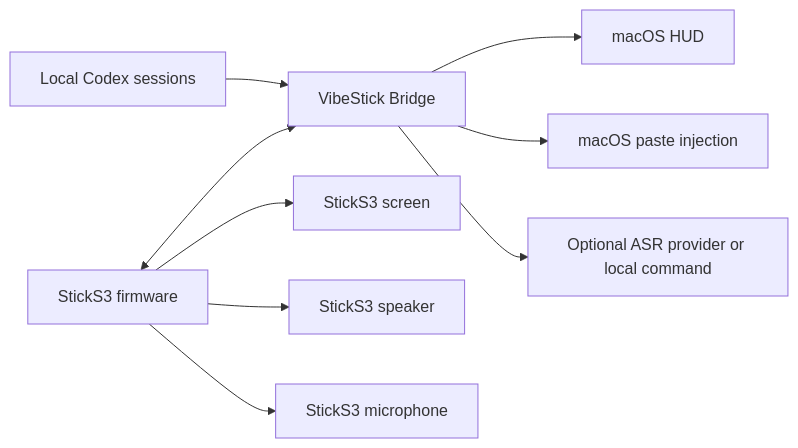
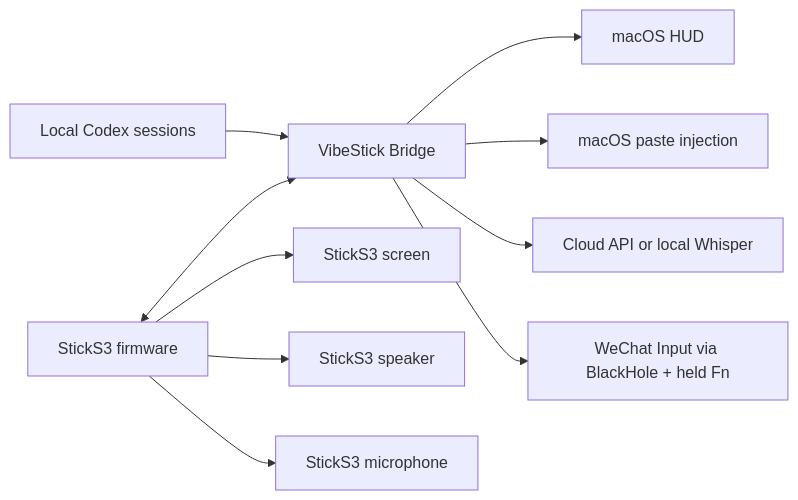
Before and after one commit to wangchll/VibeStick: the diagram in docs/ARCHITECTURE.md, drawn with Mermaid. The commit also changed other lines of this file and 18 other files, not shown here.

````diff
--- a/docs/ARCHITECTURE.md
+++ b/docs/ARCHITECTURE.md
@@ -10,11 +10,12 @@
 ```mermaid
 flowchart LR
   Codex["Local Codex sessions"] --> Bridge["VibeStick Bridge"]
   Bridge --> HUD["macOS HUD"]
   Stick["StickS3 firmware"] <--> Bridge
   Stick --> Screen["StickS3 screen"]
   Stick --> Speaker["StickS3 speaker"]
   Stick --> Mic["StickS3 microphone"]
   Bridge --> Paste["macOS paste injection"]
-  Bridge --> ASR["Optional ASR provider or local command"]
+  Bridge --> ASR["Cloud API or local Whisper"]
+  Bridge --> WeChat["WeChat Input via BlackHole + held Fn"]
 ```
````
